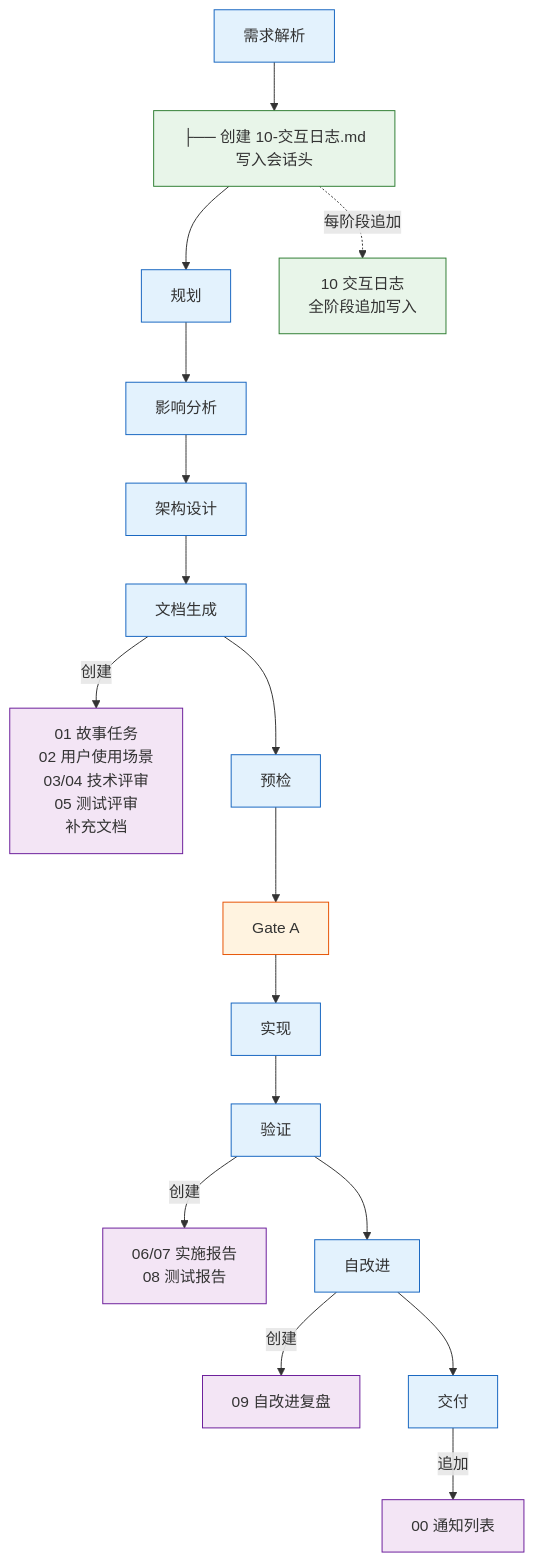
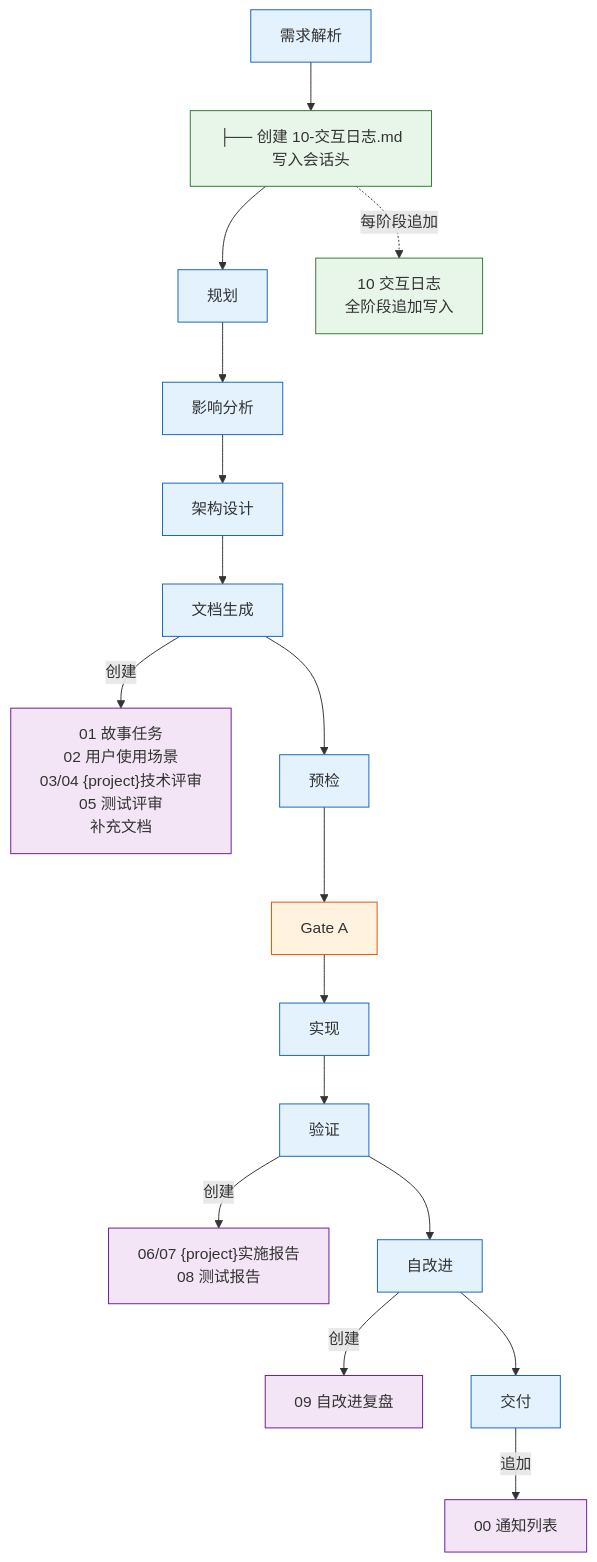
The second of 5 diagrams in skills/rui/coder.md (effiy/YrY), drawn with Mermaid before and after one commit. The commit also changed other lines of this file and 9 other files, not shown here.

````diff
--- a/skills/rui/coder.md
+++ b/skills/rui/coder.md
@@ -76,24 +79,24 @@
 ```mermaid
 flowchart TB
     A["需求解析"]:::phase --> A1["├── 创建 10-交互日志.md<br/>写入会话头"]:::log
     A1 --> B["规划"]:::phase
     B --> C["影响分析"]:::phase
     C --> D["架构设计"]:::phase
     D --> E["文档生成"]:::phase
-    E -->|"创建"| E1["01 故事任务<br/>02 用户使用场景<br/>03/04 技术评审<br/>05 测试评审<br/>补充文档"]:::create
+    E -->|"创建"| E1["01 故事任务<br/>02 用户使用场景<br/>03/04 {project}技术评审<br/>05 测试评审<br/>补充文档"]:::create
     E --> F["预检"]:::phase
     F --> G["Gate A"]:::gate
     G --> H["实现"]:::phase
     H --> I["验证"]:::phase
-    I -->|"创建"| I1["06/07 实施报告<br/>08 测试报告"]:::create
+    I -->|"创建"| I1["06/07 {project}实施报告<br/>08 测试报告"]:::create
     I --> J["自改进"]:::phase
     J -->|"创建"| J1["09 自改进复盘"]:::create
     J --> K["交付"]:::phase
     K -->|"追加"| K1["00 通知列表"]:::create
     A1 -.->|"每阶段追加"| A2["10 交互日志<br/>全阶段追加写入"]:::log
 
     classDef phase fill:#e3f2fd,stroke:#1565c0;
     classDef gate fill:#fff3e0,stroke:#e65100;
     classDef create fill:#f3e5f5,stroke:#6a1b9a;
     classDef log fill:#e8f5e9,stroke:#2e7d32;
 ```
````
